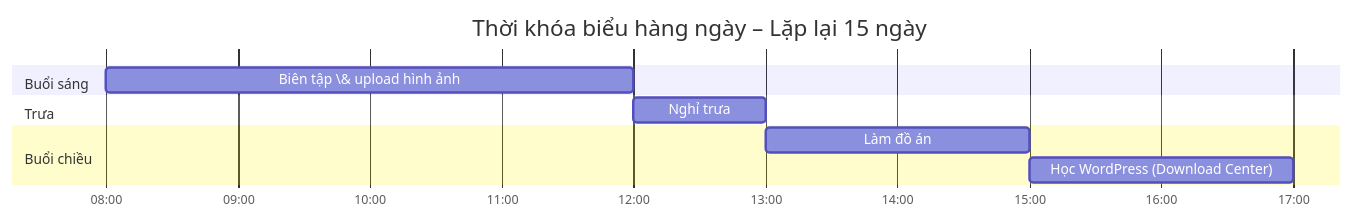
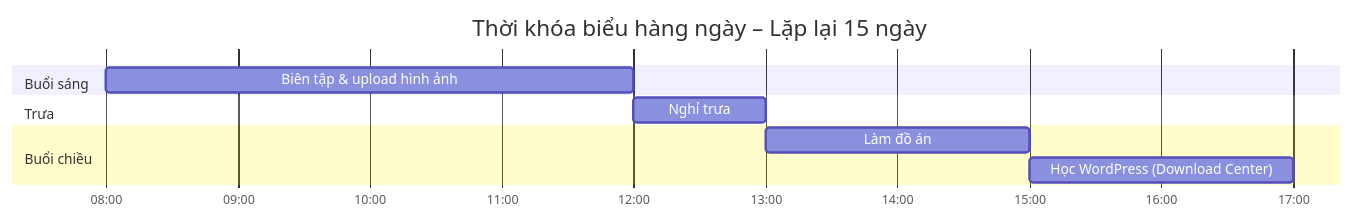
Before and after one commit to SokKimThanh/Anmi-upload-hinh: the diagram in README.md, drawn with Mermaid. The commit also changed other lines of this file, not shown here.

````diff
--- a/README.md
+++ b/README.md
@@ -3,31 +3,31 @@
 ```mermaid
 
 gantt
 
  title Thời khóa biểu hàng ngày – Lặp lại 15 ngày
 
  dateFormat  HH:mm
 
  axisFormat  %H:%M
 
 
 
  section Buổi sáng
 
- Biên tập \& upload hình ảnh  :img,   08:00, 4h
+ Biên tập & upload hình ảnh  :img,   08:00, 4h
 
 
 
  section Trưa
 
  Nghỉ trưa                   :break, 12:00, 1h
 
 
 
  section Buổi chiều
 
  Làm đồ án                   :proj,  13:00, 2h
 
  Học WordPress (Download Center) :learn, 15:00, 2h
 
 ```
````
